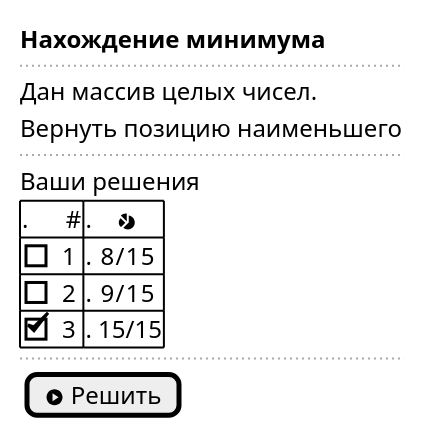
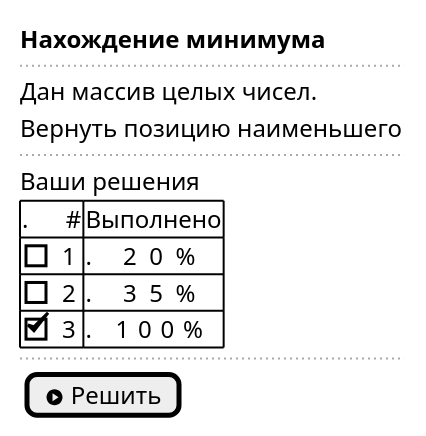
Before and after one commit to Daemon712/foobarbaz-backend: the diagram in design/ui/challenge_view.puml, drawn with PlantUML. The commit also changed 5 other files, not shown here.

```diff
--- a/design/ui/challenge_view.puml
+++ b/design/ui/challenge_view.puml
@@ -1,20 +1,20 @@
 @startuml
 salt
 {
     <b>Нахождение минимума
     ..
     Дан массив целых чисел.
     Вернуть позицию наименьшего
     ..
     Ваши решения
     {#
-        .      #|.    <&pie-chart>
-        []1     |.  8/15
-        []2     |.  9/15
-        [X]3    |. 15/15
+        .      #|Выполнено
+        []1     |.         20%
+        []2     |.         35%
+        [X]3    |.        100%
 
     }
     ..
     {[<&play-circle> Решить]}
 }
 @enduml
```
